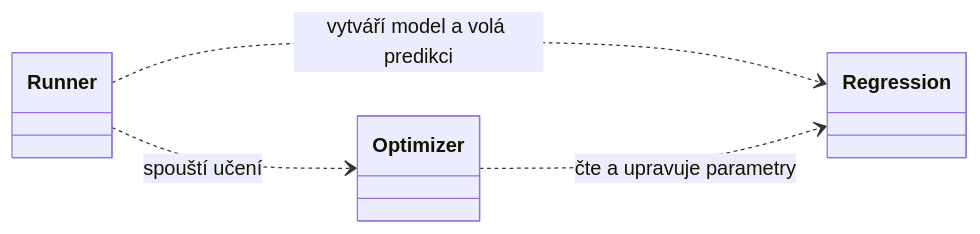
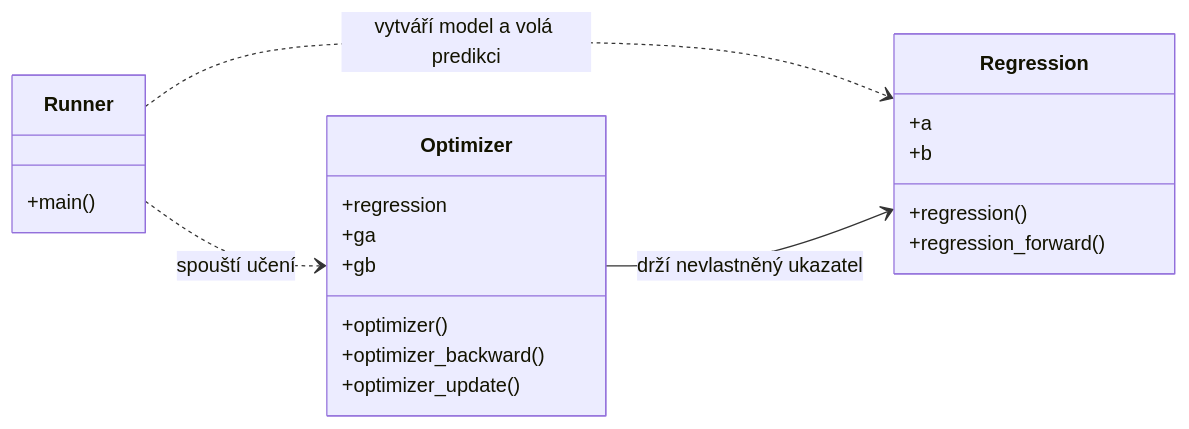
One commit to sooneoo/machine-learning changed the diagram in 001-LinearRegression/spec/specifikace-linearni-regrese.md. Above: the diagram before and after it, drawn with Mermaid. The commit also changed other lines of this file, not shown here.

Commit message:
docs: specify regression optimizer interfaces

````diff
--- a/001-LinearRegression/spec/specifikace-linearni-regrese.md
+++ b/001-LinearRegression/spec/specifikace-linearni-regrese.md
@@ -94,10 +123,24 @@
 ```mermaid
 classDiagram
     direction LR
-    class Runner
-    class Optimizer
-    class Regression
+    class Runner {
+        +main()
+    }
+    class Optimizer {
+        +regression
+        +ga
+        +gb
+        +optimizer()
+        +optimizer_backward()
+        +optimizer_update()
+    }
+    class Regression {
+        +a
+        +b
+        +regression()
+        +regression_forward()
+    }
     Runner ..> Regression : vytváří model a volá predikci
     Runner ..> Optimizer : spouští učení
-    Optimizer ..> Regression : čte a upravuje parametry
+    Optimizer --> Regression : drží nevlastněný ukazatel
 ```
````
